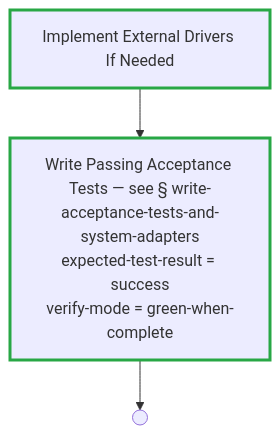
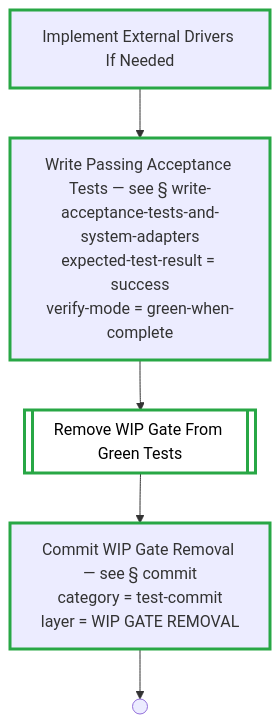
Before and after one commit to optivem/gh-optivem: the eighth of 58 diagrams in docs/process-diagram.md, drawn with Mermaid. The commit also changed 2 other files, not shown here.

Commit message:
atdd: regenerate process-flow diagram

````diff
--- a/docs/process-diagram.md
+++ b/docs/process-diagram.md
@@ -210,12 +210,19 @@
 ```mermaid
 flowchart TD
     IMPLEMENT_EXTERNAL_DRIVERS_IF_NEEDED[Implement External Drivers If Needed]
     WRITE_ACCEPTANCE_TESTS_AND_SYSTEM_ADAPTERS["Write Passing Acceptance Tests — see § write-acceptance-tests-and-system-adapters<br/>expected-test-result = success<br/>verify-mode = green-when-complete"]
+    REMOVE_WIP_GATE[[Remove WIP Gate From Green Tests]]
+    COMMIT_WIP_GATE_REMOVAL["Commit WIP Gate Removal — see § commit<br/>category = test-commit<br/>layer = WIP GATE REMOVAL"]
     COVER_END(( ))
 
     IMPLEMENT_EXTERNAL_DRIVERS_IF_NEEDED --> WRITE_ACCEPTANCE_TESTS_AND_SYSTEM_ADAPTERS
-    WRITE_ACCEPTANCE_TESTS_AND_SYSTEM_ADAPTERS --> COVER_END
+    WRITE_ACCEPTANCE_TESTS_AND_SYSTEM_ADAPTERS --> REMOVE_WIP_GATE
+    REMOVE_WIP_GATE --> COMMIT_WIP_GATE_REMOVAL
+    COMMIT_WIP_GATE_REMOVAL --> COVER_END
+
+    classDef serviceNode fill:#ffffff,stroke:#000000,stroke-width:1px,color:#000000
+    class REMOVE_WIP_GATE serviceNode
 
     classDef tddGreenNode stroke:#28a745,stroke-width:3px
-    class IMPLEMENT_EXTERNAL_DRIVERS_IF_NEEDED,WRITE_ACCEPTANCE_TESTS_AND_SYSTEM_ADAPTERS tddGreenNode
+    class COMMIT_WIP_GATE_REMOVAL,IMPLEMENT_EXTERNAL_DRIVERS_IF_NEEDED,REMOVE_WIP_GATE,WRITE_ACCEPTANCE_TESTS_AND_SYSTEM_ADAPTERS tddGreenNode
 ```
````
